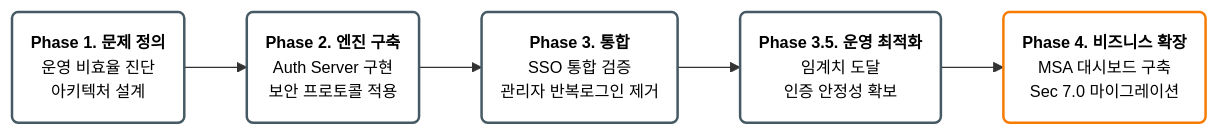
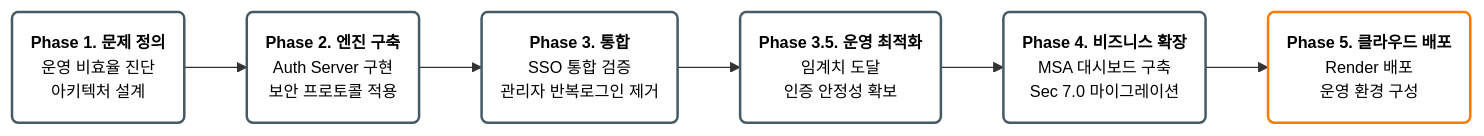
The first of 3 diagrams in README.md (hello-pebble/oauth2-authorization), drawn with Mermaid before and after one commit. The commit also changed other lines of this file and 27 other files, not shown here.

````diff
--- a/README.md
+++ b/README.md
@@ -2,32 +2,35 @@
 ```mermaid
 graph LR
     %% 단계 정의
     Step1(<b>Phase 1. 문제 정의</b><br/>운영 비효율 진단<br/>아키텍처 설계)
     Step2(<b>Phase 2. 엔진 구축</b><br/>Auth Server 구현<br/>보안 프로토콜 적용)
     Step3(<b>Phase 3. 통합</b><br/>SSO 통합 검증<br/>관리자 반복로그인 제거)
     Step3.5(<b>Phase 3.5. 운영 최적화</b><br/>임계치 도달<br/>인증 안정성 확보)
     Step4(<b>Phase 4. 비즈니스 확장</b><br/>MSA 대시보드 구축<br/>Sec 7.0 마이그레이션)
+    Step5(<b>Phase 5. 클라우드 배포</b><br/>Render 배포<br/>운영 환경 구성)
 
     %% 흐름 연결
     Step1 --> Step2
     Step2 -->Step3
     Step3 -->Step3.5
     Step3.5 -->Step4
+    Step4 -->Step5
 
     %% 스타일링
     style Step1 fill:#ffffff,color:#000000,stroke:#455a64,stroke-width:2px
     style Step2 fill:#ffffff,color:#000000,stroke:#455a64,stroke-width:2px
     style Step3 fill:#ffffff,color:#000000,stroke:#455a64,stroke-width:2px
     style Step3.5 fill:#ffffff,color:#000000,stroke:#455a64,stroke-width:2px
-    style Step4 fill:#ffffff,color:#000000,stroke:#f57c00,stroke-width:2px
+    style Step4 fill:#ffffff,color:#000000,stroke:#455a64,stroke-width:2px
+    style Step5 fill:#ffffff,color:#000000,stroke:#f57c00,stroke-width:2px
 
     %% 하단 주석 대신 방향성 표시
     classDef default font-family:Arial,font-size:13px;
 
     %% 클릭 이벤트 추가
     click Step1 "./docs/phase/phase1.md"
     click Step2 "./docs/phase/phase2.md"
     click Step3 "./docs/phase/phase3.md"
     click Step3.5 "./docs/phase/phase3_5.md"
     click Step4 "./docs/phase/phase4.md"
 ```
````
